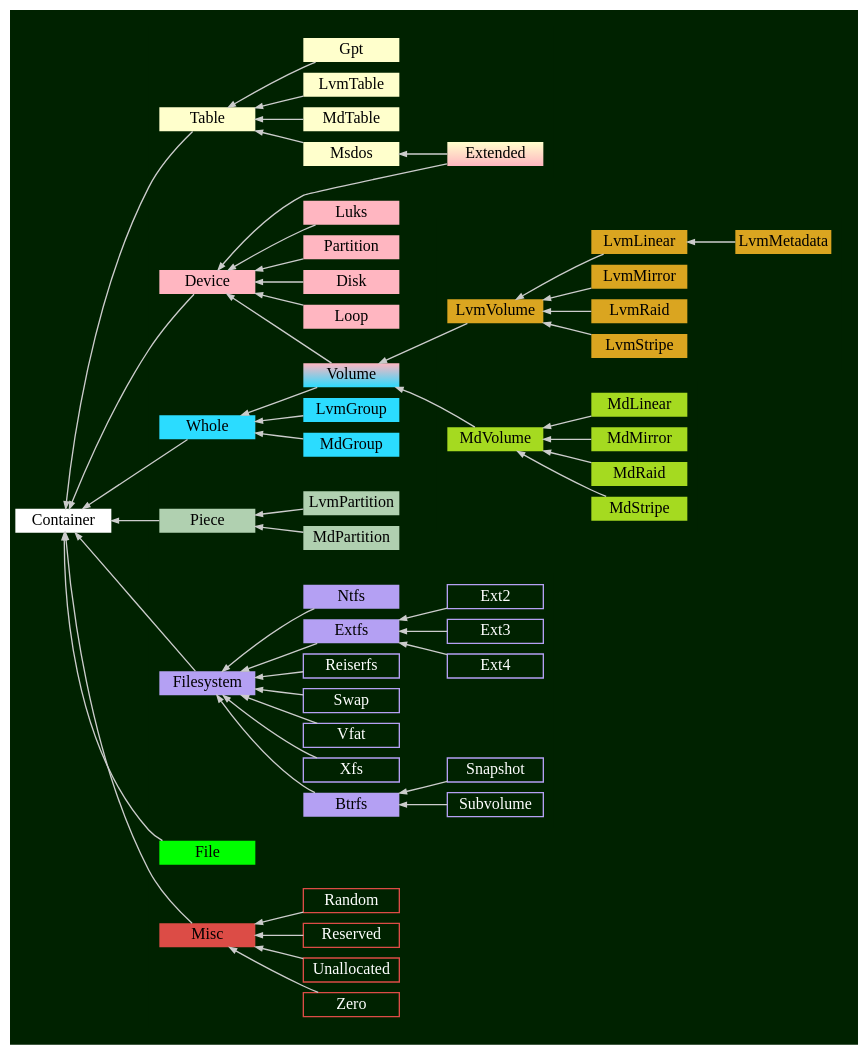
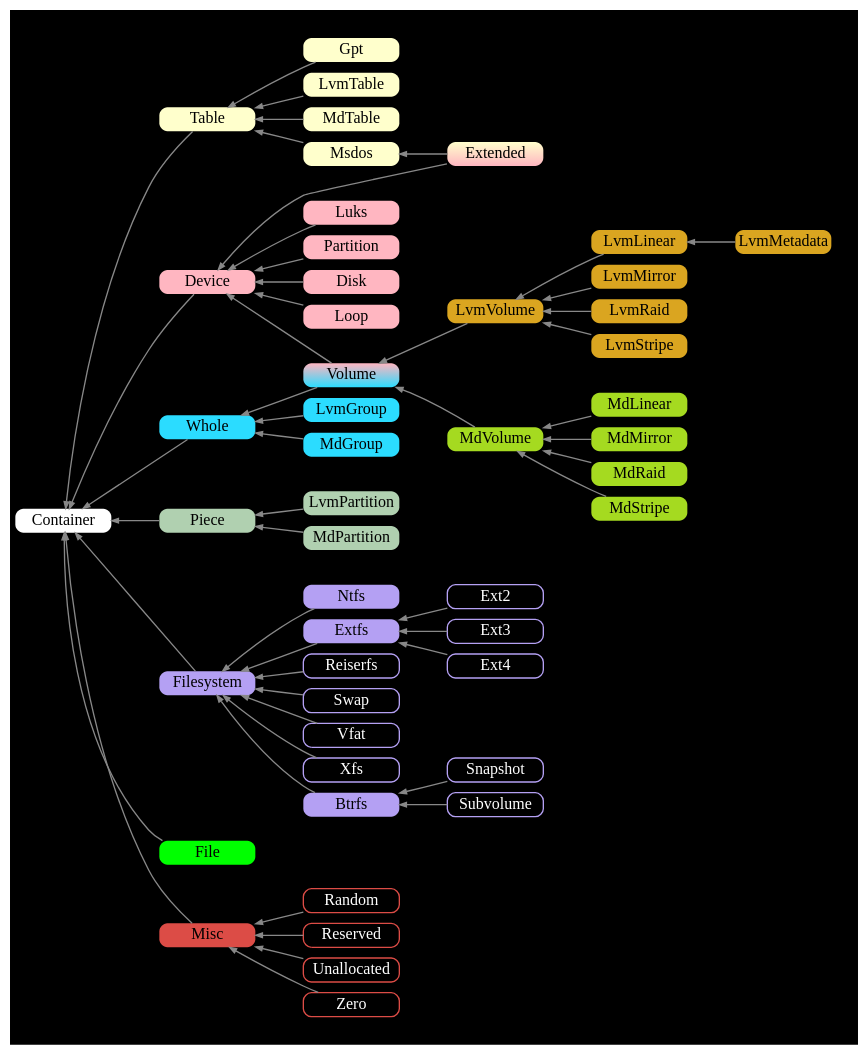
Before and after one commit to flatcap/dparted: the diagram in gfx/class_dparted4.gv, drawn with Graphviz. The commit also changed 4 other files, not shown here.

```diff
--- a/gfx/class_dparted4.gv
+++ b/gfx/class_dparted4.gv
@@ -1,167 +1,188 @@
 digraph G
 {
-	graph [ rankdir="RL" bgcolor="#002200", color=white nodesep=0.1 ranksep=0.5 ];
-	node  [ shape=record fontsize=12 style=filled color=white width="1.0" height="0.25" fixedsize=true penwidth=0 ];
-	edge  [ penwidth=1.0 color="#CCCCCC" arrowsize=0.5 ];
+	graph [
+		rankdir="RL"
+		bgcolor=black
+		color=white
+		nodesep=0.1
+		ranksep=0.5
+	];
+
+	node [
+		shape=Mrecord
+		fontsize=12
+		style=filled
+		color=white
+		width="1.0"
+		height="0.25"
+		fixedsize=true
+		penwidth=0
+	];
+
+	edge [
+		penwidth=1.0
+		color="#888888"
+		arrowsize=0.5
+	];
 
 	Container      [ fillcolor="#FFFFFF" ];
 
 	Table          [ fillcolor="#FFFFCC" ];
 	Gpt            [ fillcolor="#FFFFCC" ];
 	LvmTable       [ fillcolor="#FFFFCC" ];
 	MdTable        [ fillcolor="#FFFFCC" ];
 	Msdos          [ fillcolor="#FFFFCC" ];
 	Extended       [ fillcolor="#FFFFCC:#FFB6C1" gradientangle=270 ];
 
 	Volume         [ fillcolor="#2BDCFF:#FFB6C1" gradientangle=90 ];
 	Whole          [ fillcolor="#2BDCFF" ];
 
 	LvmLinear      [ fillcolor="#DAA520" ];
 	LvmMetadata    [ fillcolor="#DAA520" ];
 	LvmMirror      [ fillcolor="#DAA520" ];
 	LvmRaid        [ fillcolor="#DAA520" ];
 	LvmStripe      [ fillcolor="#DAA520" ];
 	LvmVolume      [ fillcolor="#DAA520" ];
 
 	MdLinear       [ fillcolor="#A5DA20" ];
 	MdMirror       [ fillcolor="#A5DA20" ];
 	MdRaid         [ fillcolor="#A5DA20" ];
 	MdStripe       [ fillcolor="#A5DA20" ];
 	MdVolume       [ fillcolor="#A5DA20" ];
 
 	Device         [ fillcolor="#FFB6C1" ];
 	Luks           [ fillcolor="#FFB6C1" ];
 	Partition      [ fillcolor="#FFB6C1" ];
 
 	Disk           [ fillcolor="#FFB6C1" ];
 	Loop           [ fillcolor="#FFB6C1" ];
 
 	LvmPartition   [ fillcolor="#B0D0B0" ];
 	MdPartition    [ fillcolor="#B0D0B0" ];
 	Piece          [ fillcolor="#B0D0B0" ];
 
 	Btrfs          [ fillcolor="#B4A0F3" ];
 	Extfs          [ fillcolor="#B4A0F3" ];
 	Filesystem     [ fillcolor="#B4A0F3" ];
 	Ntfs           [ fillcolor="#B4A0F3" ];
 
 	Ext2  [ color="#B4A0F3" fontcolor=white style=solid penwidth=1 ];
 	Ext3  [ color="#B4A0F3" fontcolor=white style=solid penwidth=1 ];
 	Ext4  [ color="#B4A0F3" fontcolor=white style=solid penwidth=1 ];
 
 	Reiserfs       [ color="#B4A0F3" fontcolor=white style=solid penwidth=1 ];
 	Swap           [ color="#B4A0F3" fontcolor=white style=solid penwidth=1 ];
 	Vfat           [ color="#B4A0F3" fontcolor=white style=solid penwidth=1 ];
 	Xfs            [ color="#B4A0F3" fontcolor=white style=solid penwidth=1 ];
 
 	BtrfsSnapshot  [ label="Snapshot"  color="#B4A0F3" fontcolor=white style=solid penwidth=1 ];
 	BtrfsSubvolume [ label="Subvolume" color="#B4A0F3" fontcolor=white style=solid penwidth=1 ];
 
 	File           [ fillcolor="#00FF00" ];
 
 	Misc           [ fillcolor="#DC4C46" ];
 	Random         [ color="#DC4C46" fontcolor=white style=solid penwidth=1 ];
 	Reserved       [ color="#DC4C46" fontcolor=white style=solid penwidth=1 ];
 	Unallocated    [ color="#DC4C46" fontcolor=white style=solid penwidth=1 ];
 	Zero           [ color="#DC4C46" fontcolor=white style=solid penwidth=1 ];
 
 	LvmGroup       [ fillcolor="#2BDCFF" ];
 	MdGroup        [ fillcolor="#2BDCFF" ];
 
 	Device     -> Container;
 	Filesystem -> Container;
 	Misc       -> Container;
 	Piece      -> Container;
 	Table      -> Container;
 	Whole      -> Container;
 
 	File       -> Container;
 
 	LvmVolume  -> Volume;
 	MdVolume   -> Volume;
 
 	Extended   -> Device;
 
 	subgraph cluster_1 {
 		color = transparent;
 
 		Extended             -> Msdos;
 
 		Gpt                  -> Table;
 		LvmTable             -> Table;
 		MdTable              -> Table;
 		Msdos                -> Table;
 	}
 
 	subgraph cluster_2 {
 		color = transparent;
 
 		Btrfs                -> Filesystem;
 		Extfs                -> Filesystem;
 		Ntfs                 -> Filesystem;
 		Reiserfs             -> Filesystem;
 		Swap                 -> Filesystem;
 		Vfat                 -> Filesystem;
 		Xfs                  -> Filesystem;
 
 		Ext2                 -> Extfs;
 		Ext3                 -> Extfs;
 		Ext4                 -> Extfs;
 
 		BtrfsSubvolume       -> Btrfs;
 		BtrfsSnapshot        -> Btrfs;
 	}
 
 	subgraph cluster_3 {
 		color = transparent;
 
 		Zero                 -> Misc;
 		Random               -> Misc;
 		Reserved             -> Misc;
 		Unallocated          -> Misc;
 	}
 
 	subgraph cluster_4 {
 		color = transparent;
 
 		LvmPartition         -> Piece;
 		MdPartition          -> Piece;
 	}
 
 	subgraph cluster_5 {
 		color = transparent;
 
 		LvmMetadata          -> LvmLinear;
 		LvmLinear            -> LvmVolume;
 		LvmMirror            -> LvmVolume;
 		LvmRaid              -> LvmVolume;
 		LvmStripe            -> LvmVolume;
 	}
 
 	subgraph cluster_6 {
 		color = transparent;
 
 		MdLinear             -> MdVolume;
 		MdMirror             -> MdVolume;
 		MdRaid               -> MdVolume;
 		MdStripe             -> MdVolume;
 	}
 
 	subgraph cluster_7 {
 		color = transparent;
 
 		LvmGroup             -> Whole;
 		MdGroup              -> Whole;
 		Volume               -> Whole;
 	}
 
 	subgraph cluster_8 {
 		color = transparent;
 
 		Partition            -> Device;
 		Luks                 -> Device;
 		Disk                 -> Device;
 		Loop                 -> Device;
 		Volume               -> Device;
 	}
 }
```
